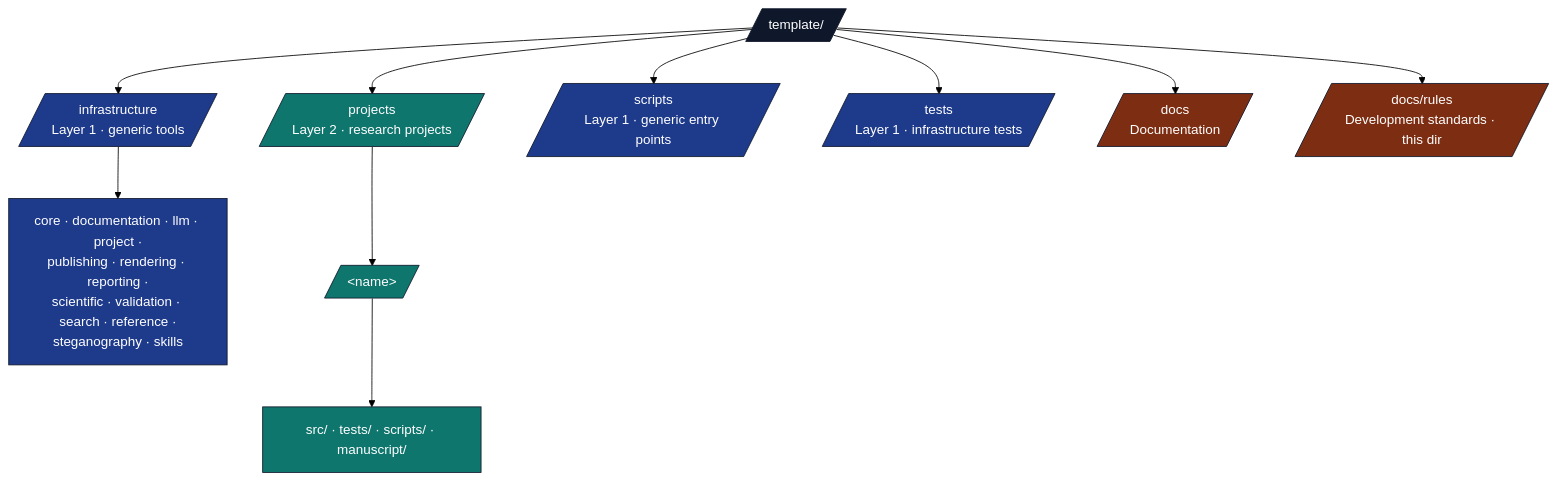
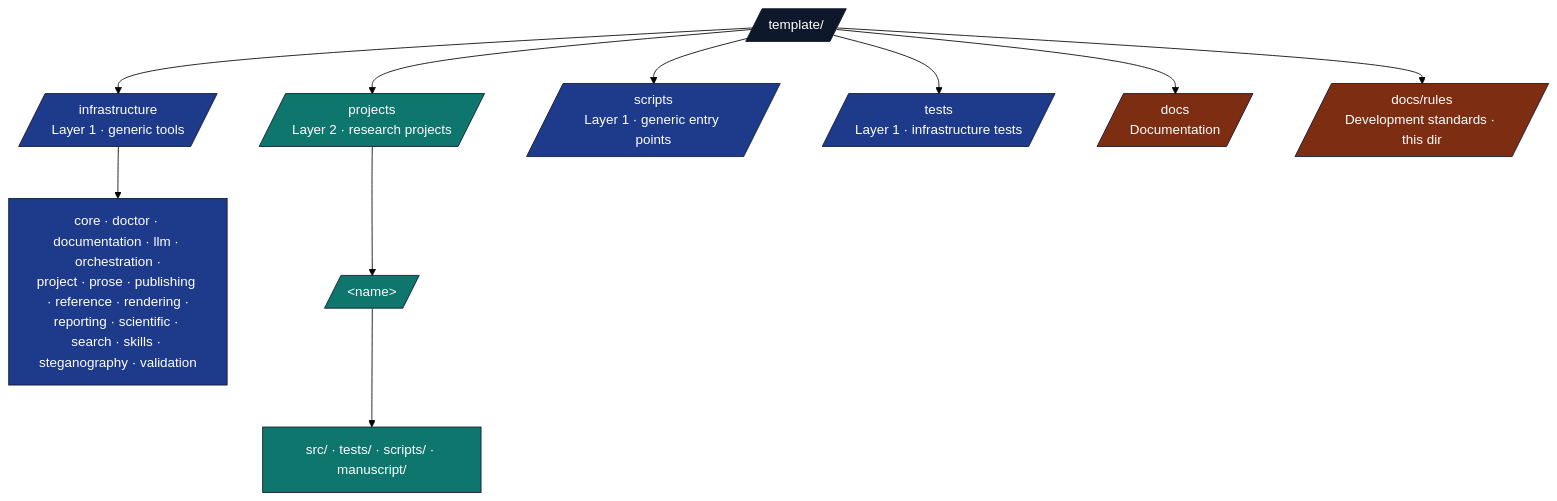
Before and after one commit to docxology/template: the third of 3 diagrams in docs/rules/AGENTS.md, drawn with Mermaid (forest theme). The commit also changed other lines of this file and 952 other files, not shown here.

````diff
--- a/docs/rules/AGENTS.md
+++ b/docs/rules/AGENTS.md
@@ -394,24 +395,24 @@
 ```mermaid
 flowchart TB
     ROOT[/template//]
     ROOT --> INFRA[/infrastructure<br/>Layer 1 · generic tools/]
     ROOT --> PROJ[/projects<br/>Layer 2 · research projects/]
     ROOT --> SCR[/scripts<br/>Layer 1 · generic entry points/]
     ROOT --> T[/tests<br/>Layer 1 · infrastructure tests/]
     ROOT --> DOC[/docs<br/>Documentation/]
     ROOT --> RULES[/docs/rules<br/>Development standards · this dir/]
 
-    INFRA --> INFRA_SUB[core · documentation · llm · project ·<br/>publishing · rendering · reporting ·<br/>scientific · validation · search · reference ·<br/>steganography · skills]
+    INFRA --> INFRA_SUB[core · doctor · documentation · llm · orchestration ·<br/>project · prose · publishing · reference · rendering ·<br/>reporting · scientific · search · skills · steganography · validation]
 
     PROJ --> P_NAME[/&lt;name&gt;/]
     P_NAME --> P_SUB[src/ · tests/ · scripts/ · manuscript/]
 
     classDef root fill:#0f172a,stroke:#0f172a,color:#fff
     classDef l1 fill:#1e3a8a,stroke:#0f172a,color:#fff
     classDef l2 fill:#0f766e,stroke:#0f172a,color:#fff
     classDef doc fill:#7c2d12,stroke:#0f172a,color:#fff
     class ROOT root
     class INFRA,SCR,T,INFRA_SUB l1
     class PROJ,P_NAME,P_SUB l2
     class DOC,RULES doc
 ```
````
